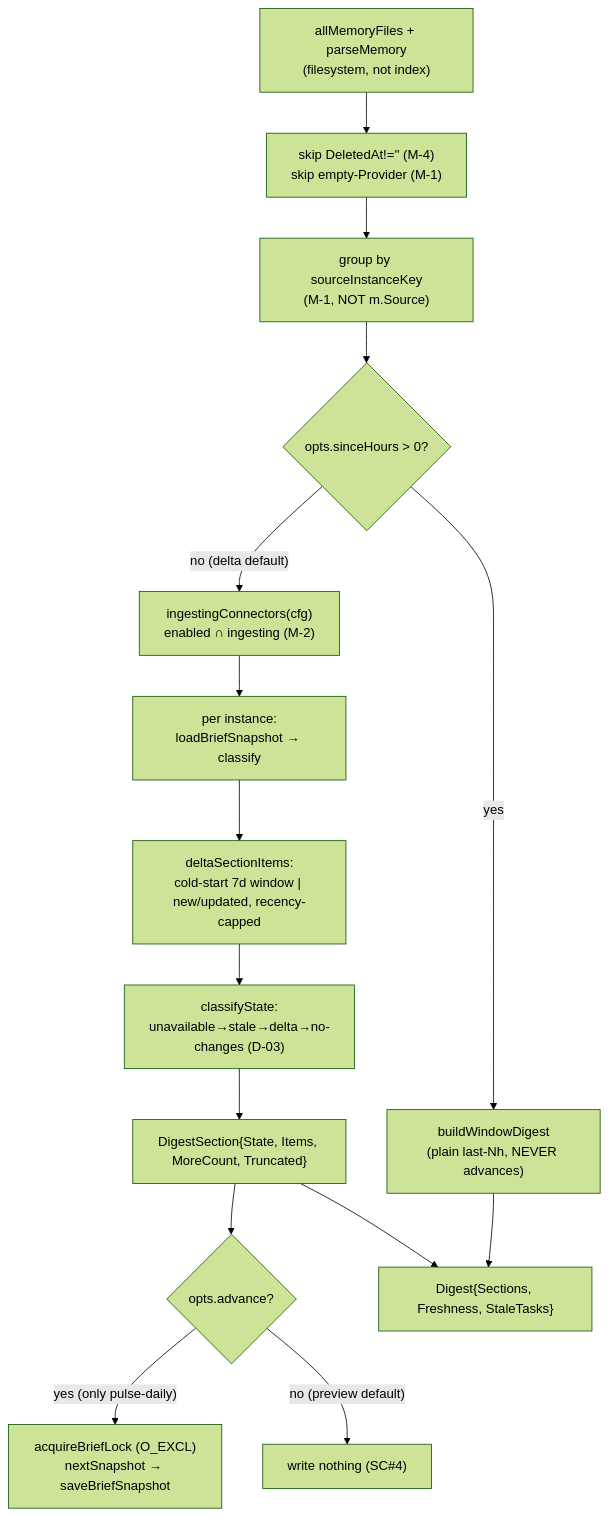
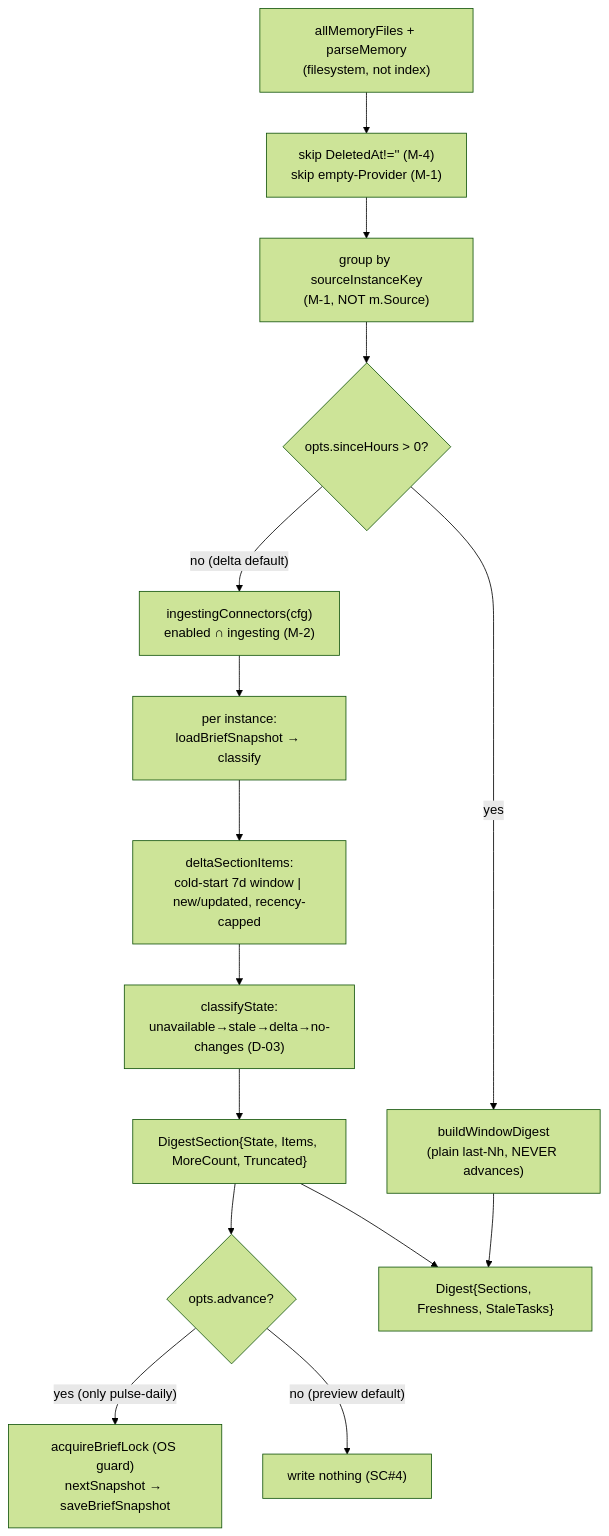
One commit to pyranthus-hq/mora changed the second of 6 diagrams in docs/architecture/07-synthesis-think-digest.md. Above: the diagram before and after it, drawn with Mermaid (forest theme). The commit also changed other lines of this file and 12 other files, not shown here.

````diff
--- a/docs/architecture/07-synthesis-think-digest.md
+++ b/docs/architecture/07-synthesis-think-digest.md
@@ -157,17 +157,17 @@
 ```mermaid
 flowchart TD
   FS["allMemoryFiles + parseMemory<br/>(filesystem, not index)"] --> FLT["skip DeletedAt!='' (M-4)<br/>skip empty-Provider (M-1)"]
   FLT --> GRP["group by sourceInstanceKey<br/>(M-1, NOT m.Source)"]
   GRP --> MODE{"opts.sinceHours > 0?"}
   MODE -->|yes| WIN["buildWindowDigest<br/>(plain last-Nh, NEVER advances)"]
   MODE -->|"no (delta default)"| ENUM["ingestingConnectors(cfg)<br/>enabled ∩ ingesting (M-2)"]
   ENUM --> PER["per instance:<br/>loadBriefSnapshot → classify"]
   PER --> ITEMS["deltaSectionItems:<br/>cold-start 7d window | new/updated, recency-capped"]
   ITEMS --> STATE["classifyState:<br/>unavailable→stale→delta→no-changes (D-03)"]
   STATE --> SECT["DigestSection{State, Items, MoreCount, Truncated}"]
   SECT --> ADV{"opts.advance?"}
-  ADV -->|"yes (only pulse-daily)"| LOCK["acquireBriefLock (O_EXCL)<br/>nextSnapshot → saveBriefSnapshot"]
+  ADV -->|"yes (only pulse-daily)"| LOCK["acquireBriefLock (OS guard)<br/>nextSnapshot → saveBriefSnapshot"]
   ADV -->|"no (preview default)"| NOOP["write nothing (SC#4)"]
   WIN --> OUT
   SECT --> OUT["Digest{Sections, Freshness, StaleTasks}"]
 ```
````
